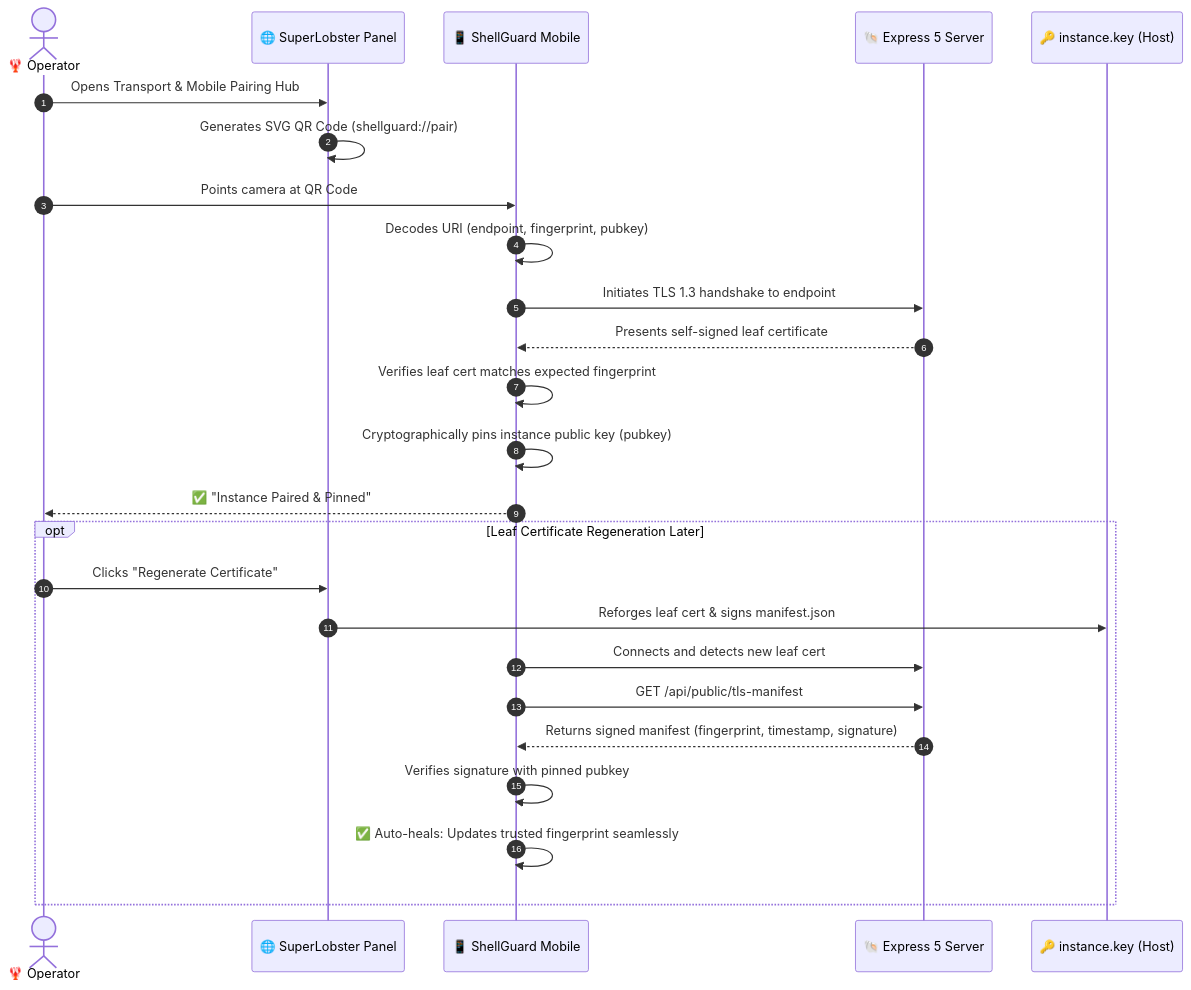
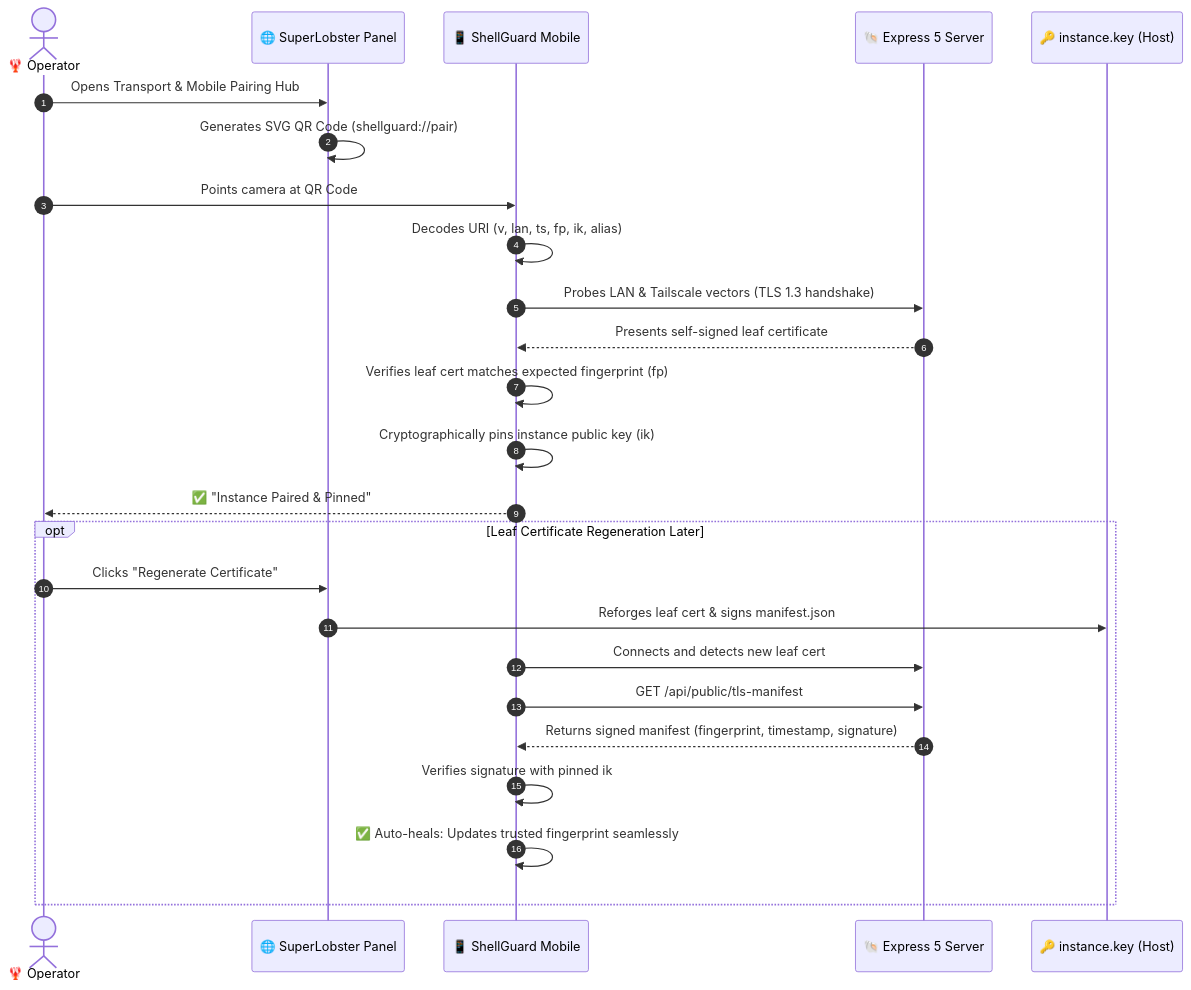
The diagram in docs/companion/pairing.md (ClawStackStudios/ShellGuard), drawn with Mermaid before and after one commit. The commit also changed other lines of this file and 17 other files, not shown here.

````diff
--- a/docs/companion/pairing.md
+++ b/docs/companion/pairing.md
@@ -14,31 +14,31 @@
 ```mermaid
 sequenceDiagram
     autonumber
     actor Admin as 🦞 Operator
     participant Super as 🌐 SuperLobster Panel
     participant Mobile as 📱 ShellGuard Mobile
     participant API as 🐚 Express 5 Server
     participant Anchor as 🔑 instance.key (Host)
 
     Admin->>Super: Opens Transport & Mobile Pairing Hub
     Super->>Super: Generates SVG QR Code (shellguard://pair)
     Admin->>Mobile: Points camera at QR Code
 
-    Mobile->>Mobile: Decodes URI (endpoint, fingerprint, pubkey)
-    Mobile->>API: Initiates TLS 1.3 handshake to endpoint
+    Mobile->>Mobile: Decodes URI (v, lan, ts, fp, ik, alias)
+    Mobile->>API: Probes LAN & Tailscale vectors (TLS 1.3 handshake)
     API-->>Mobile: Presents self-signed leaf certificate
-    Mobile->>Mobile: Verifies leaf cert matches expected fingerprint
+    Mobile->>Mobile: Verifies leaf cert matches expected fingerprint (fp)
 
-    Mobile->>Mobile: Cryptographically pins instance public key (pubkey)
+    Mobile->>Mobile: Cryptographically pins instance public key (ik)
     Mobile-->>Admin: ✅ "Instance Paired & Pinned"
 
     opt Leaf Certificate Regeneration Later
         Admin->>Super: Clicks "Regenerate Certificate"
         Super->>Anchor: Reforges leaf cert & signs manifest.json
         Mobile->>API: Connects and detects new leaf cert
         Mobile->>API: GET /api/public/tls-manifest
         API-->>Mobile: Returns signed manifest (fingerprint, timestamp, signature)
-        Mobile->>Mobile: Verifies signature with pinned pubkey
+        Mobile->>Mobile: Verifies signature with pinned ik
         Mobile->>Mobile: ✅ Auto-heals: Updates trusted fingerprint seamlessly
     end
 ```
````
